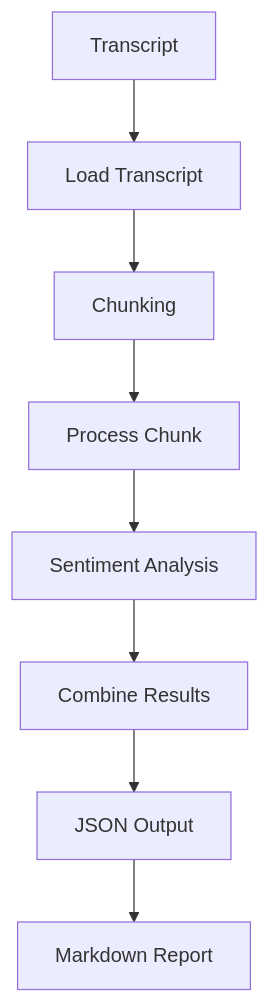
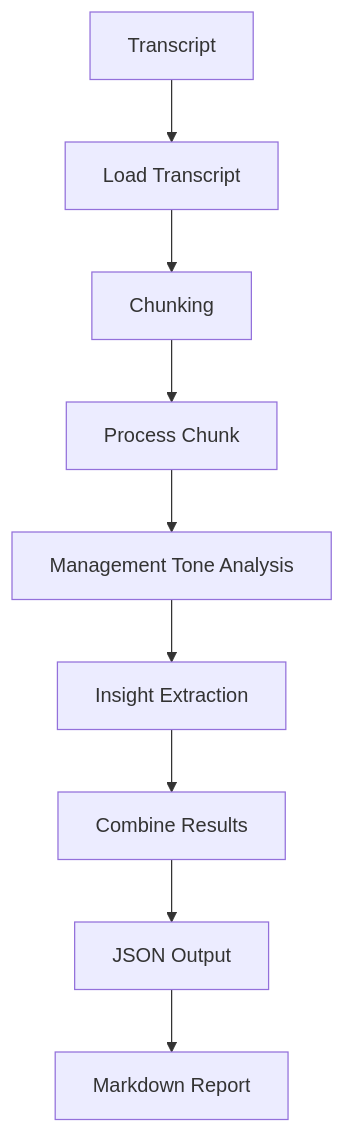
Before and after one commit to nicolyyr/bradesco-bbi-ai-challenge: the diagram in README.md, drawn with Mermaid. The commit also changed other lines of this file, not shown here.

````diff
--- a/README.md
+++ b/README.md
@@ -37,10 +80,11 @@
 ```mermaid
 flowchart TD
     A[Transcript] --> B[Load Transcript]
     B --> C[Chunking]
     C --> D[Process Chunk]
-    D --> E[Sentiment Analysis]
-    E --> F[Combine Results]
-    F --> G[JSON Output]
-    G --> H[Markdown Report]
+    D --> E[Management Tone Analysis]
+    E --> F[Insight Extraction]
+    F --> G[Combine Results]
+    G --> H[JSON Output]
+    H --> I[Markdown Report]
 ```
````
